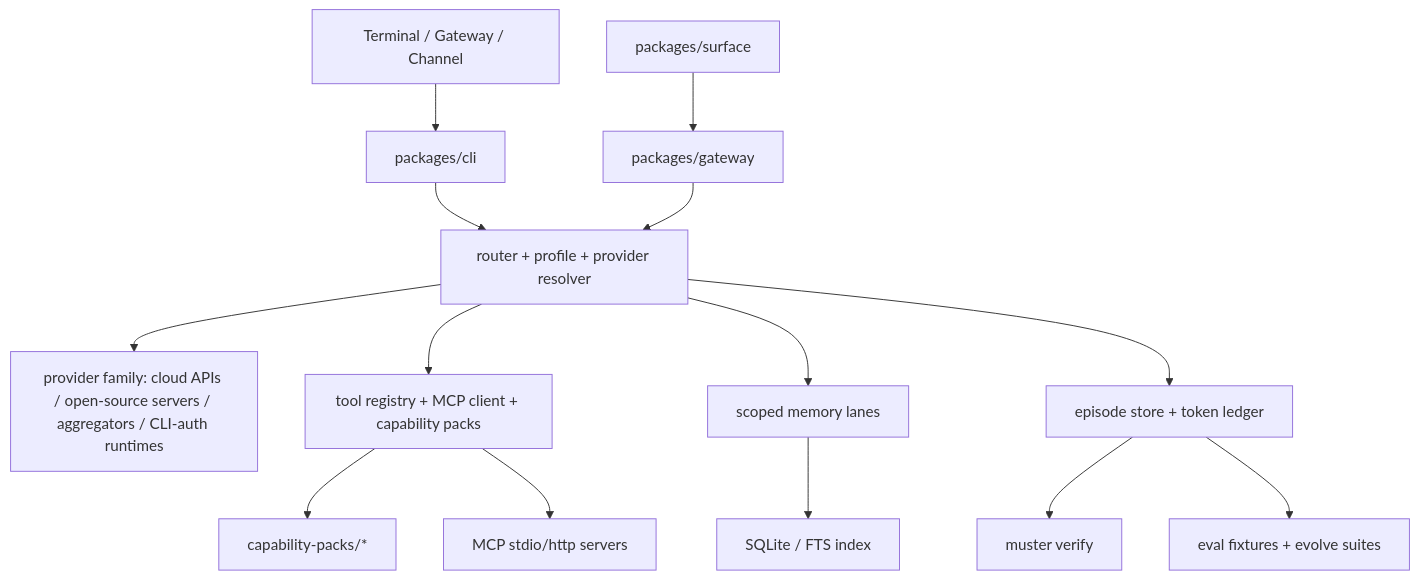
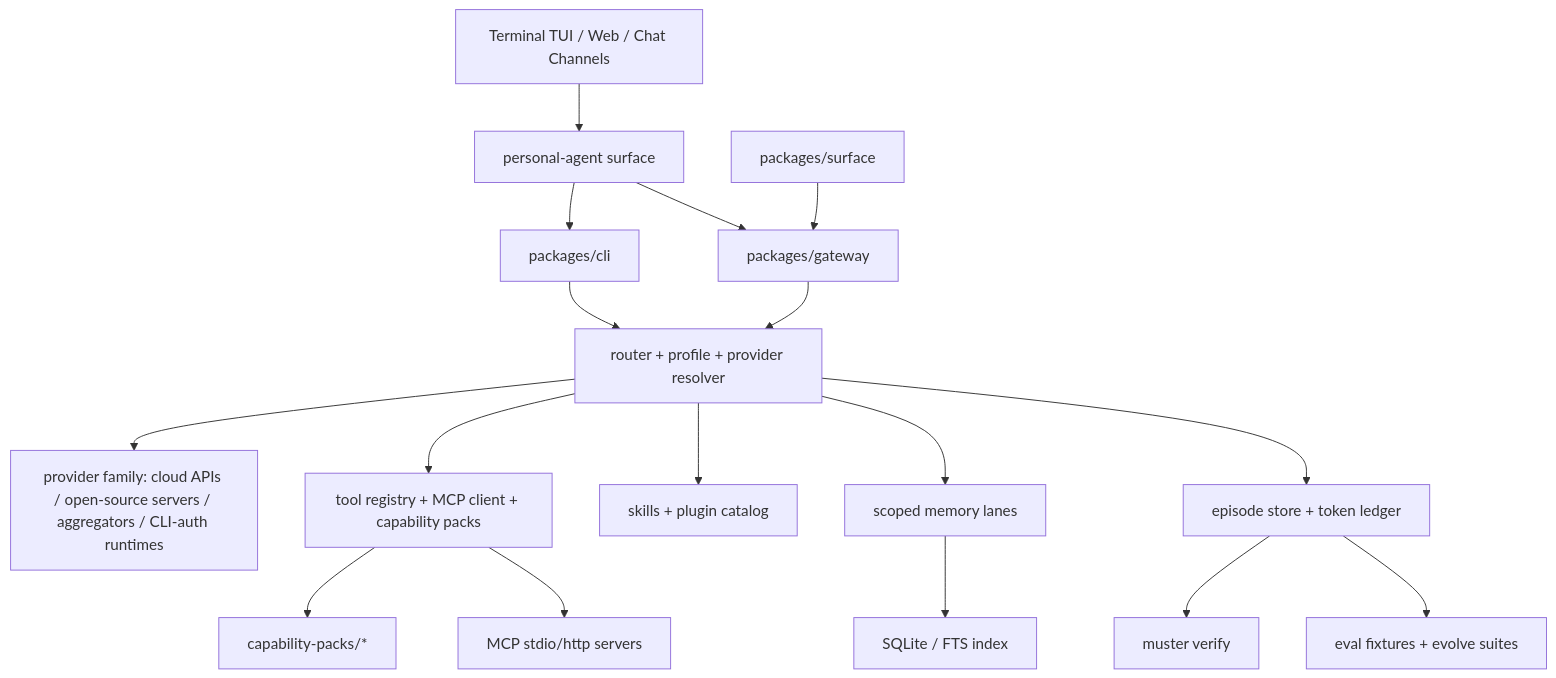
One commit to Dkm0315/muster changed the diagram in README.md. Above: the diagram before and after it, drawn with Mermaid. The commit also changed other lines of this file, not shown here.

Commit message:
Clarify Muster product surface

````diff
--- a/README.md
+++ b/README.md
@@ -173,16 +192,19 @@
 ```mermaid
 flowchart TD
-  User[Terminal / Gateway / Channel] --> CLI[packages/cli]
+  User[Terminal TUI / Web / Chat Channels] --> SurfaceLayer[personal-agent surface]
+  SurfaceLayer --> CLI[packages/cli]
+  SurfaceLayer --> Gateway[packages/gateway]
   CLI --> Router[router + profile + provider resolver]
   Router --> Runtime[provider family: cloud APIs / open-source servers / aggregators / CLI-auth runtimes]
   Router --> Tools[tool registry + MCP client + capability packs]
+  Router --> Skills[skills + plugin catalog]
   Tools --> Packs[capability-packs/*]
   Tools --> MCP[MCP stdio/http servers]
   Router --> Memory[scoped memory lanes]
   Memory --> FTS[SQLite / FTS index]
   Router --> Ledger[episode store + token ledger]
   Ledger --> Verify[muster verify]
   Ledger --> Evals[eval fixtures + evolve suites]
-  Gateway[packages/gateway] --> Router
   Surface[packages/surface] --> Gateway
+  Gateway --> Router
 ```
````
